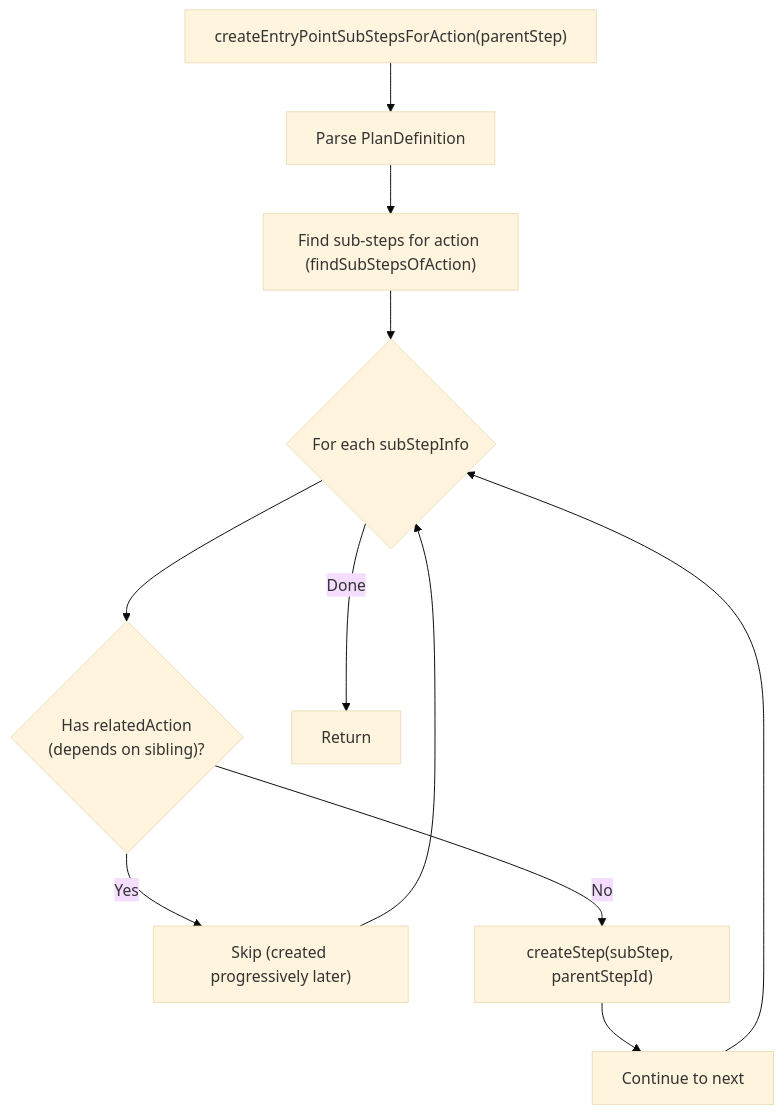
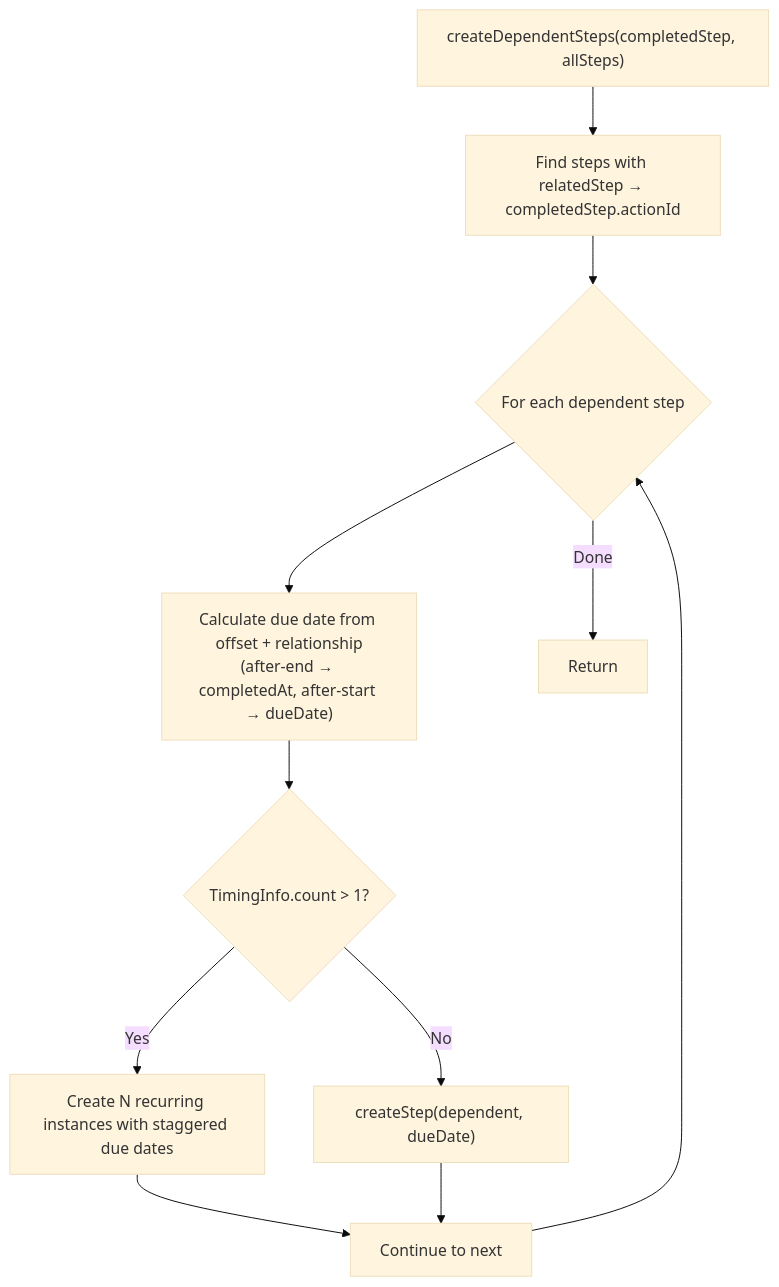
Diagram 11 of 11 in docs/flow-diagrams.md (Jayaprakash8887/cce-compliance-service), drawn with Mermaid (base theme) before and after one commit. The commit also changed other lines of this file and 7 other files, not shown here.

First line of the commit message:
feat: implement flat sub-step model and actionId validation

````diff
--- a/docs/flow-diagrams.md
+++ b/docs/flow-diagrams.md
@@ -492,15 +493,15 @@
 ```mermaid
 flowchart TD
-    START["createEntryPointSubStepsForAction(parentStep)"] --> PARSE["Parse PlanDefinition"]
-    PARSE --> FIND["Find sub-steps for action (findSubStepsOfAction)"]
-    FIND --> LOOP{"For each subStepInfo"}
-    LOOP --> HAS_DEP{"Has relatedAction<br/>(depends on sibling)?"}
+    START["createDependentSteps(completedStep, allSteps)"] --> FIND["Find steps with relatedStep → completedStep.actionId"]
+    FIND --> LOOP{"For each dependent step"}
+    LOOP --> CALC["Calculate due date from offset + relationship<br/>(after-end → completedAt, after-start → dueDate)"]
+    CALC --> RECURRING{"TimingInfo.count > 1?"}
 
-    HAS_DEP -->|"Yes"| SKIP["Skip (created progressively later)"]
-    HAS_DEP -->|"No"| CREATE["createStep(subStep, parentStepId)"]
+    RECURRING -->|"Yes"| MULTI["Create N recurring instances with staggered due dates"]
+    RECURRING -->|"No"| SINGLE["createStep(dependent, dueDate)"]
 
-    CREATE --> NEXT["Continue to next"]
-    SKIP --> LOOP
+    MULTI --> NEXT["Continue to next"]
+    SINGLE --> NEXT
     NEXT --> LOOP
     LOOP -->|"Done"| END["Return"]
 ```
````
